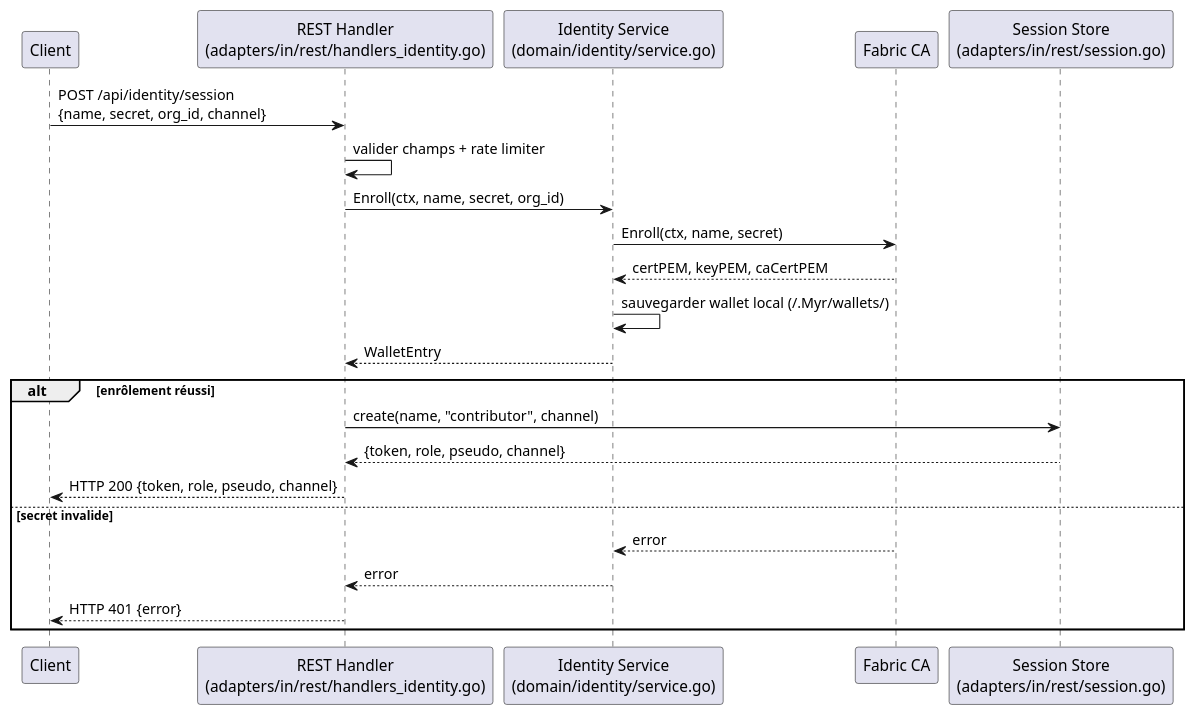
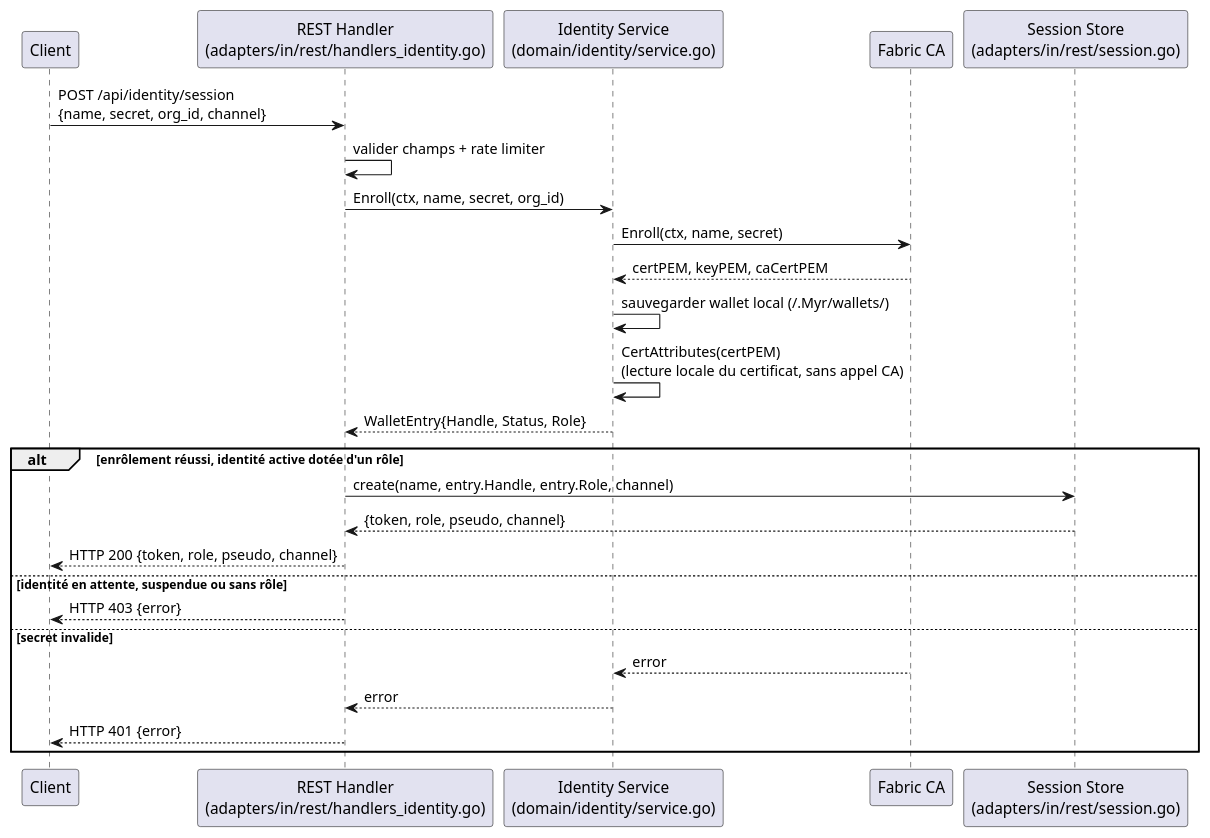
Before and after one commit to myr-forge/myr-core: the second of 2 diagrams in specs/2-Analyse/UCA-Compte_et_Acces/UCA02.md, drawn with PlantUML. The commit also changed other lines of this file and 28 other files, not shown here.

First line of the commit message:
feat(identity): read role and status from the certificate, apply network registration rules

````diff
--- a/specs/2-Analyse/UCA-Compte_et_Acces/UCA02.md
+++ b/specs/2-Analyse/UCA-Compte_et_Acces/UCA02.md
@@ -143,27 +152,30 @@
 ```plantuml
 @startuml
 participant "Client" as Client
 participant "REST Handler\n(adapters/in/rest/handlers_identity.go)" as REST
 participant "Identity Service\n(domain/identity/service.go)" as Service
 participant "Fabric CA" as CA
 participant "Session Store\n(adapters/in/rest/session.go)" as Sessions
 
 Client -> REST : POST /api/identity/session\n{name, secret, org_id, channel}
 REST -> REST : valider champs + rate limiter
 REST -> Service : Enroll(ctx, name, secret, org_id)
 Service -> CA : Enroll(ctx, name, secret)
 CA --> Service : certPEM, keyPEM, caCertPEM
 Service -> Service : sauvegarder wallet local (~/.Myr/wallets/)
-Service --> REST : WalletEntry
+Service -> Service : CertAttributes(certPEM)\n(lecture locale du certificat, sans appel CA)
+Service --> REST : WalletEntry{Handle, Status, Role}
 
-alt enrôlement réussi
-    REST -> Sessions : create(name, "contributor", channel)
+alt enrôlement réussi, identité active dotée d'un rôle
+    REST -> Sessions : create(name, entry.Handle, entry.Role, channel)
     Sessions --> REST : {token, role, pseudo, channel}
     REST --> Client : HTTP 200 {token, role, pseudo, channel}
+else identité en attente, suspendue ou sans rôle
+    REST --> Client : HTTP 403 {error}
 else secret invalide
     CA --> Service : error
     Service --> REST : error
     REST --> Client : HTTP 401 {error}
 end
 @enduml
 ```
````
